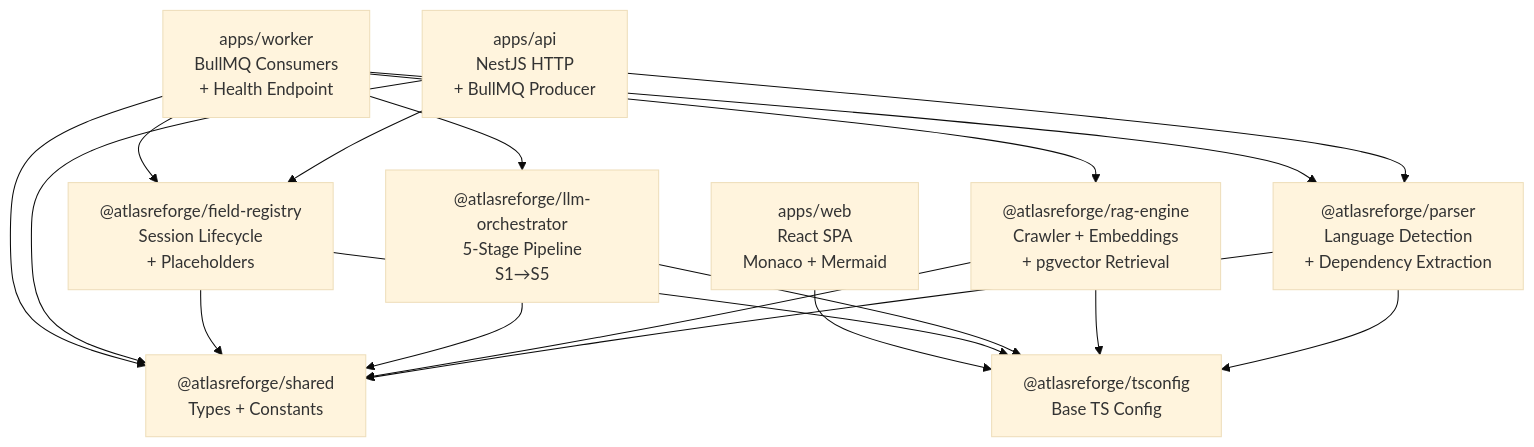
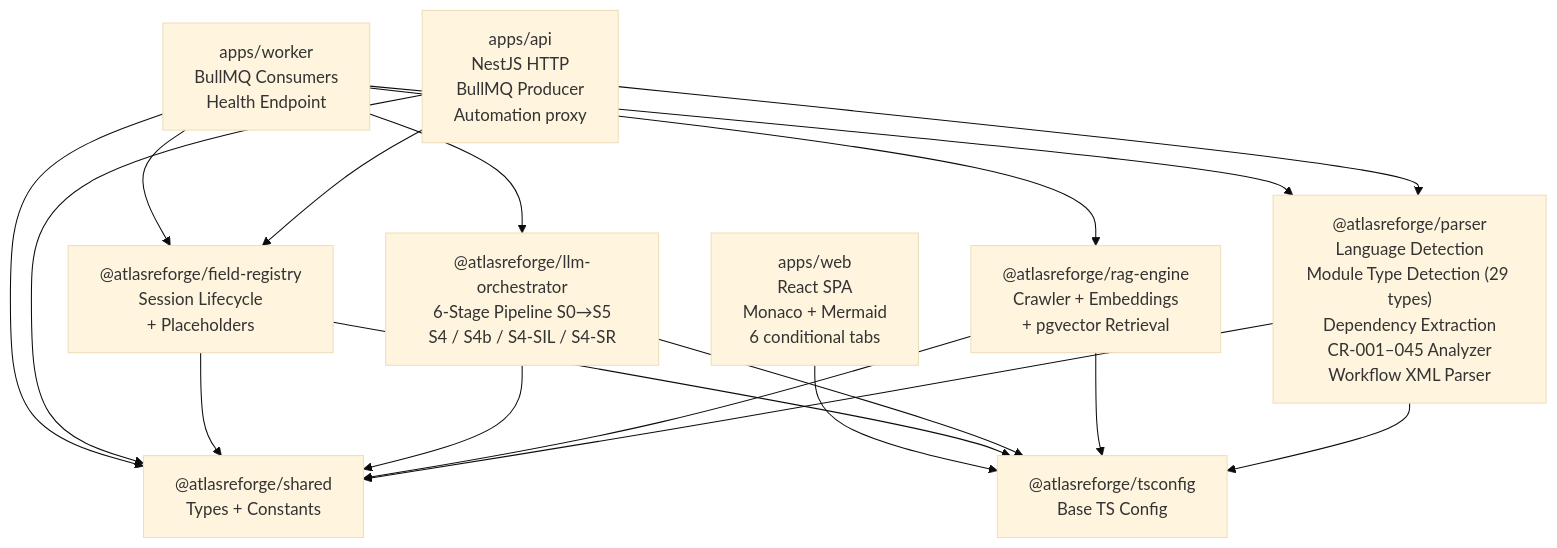
One commit to mranerov-creator/AtlasReforge changed the fifth of 7 diagrams in docs/technical/architecture.md. Above: the diagram before and after it, drawn with Mermaid (base theme). The commit also changed other lines of this file and 3 other files, not shown here.

````diff
--- a/docs/technical/architecture.md
+++ b/docs/technical/architecture.md
@@ -89,35 +145,35 @@
 ```mermaid
 graph TD
     shared["@atlasreforge/shared<br/>Types + Constants"]
     tsconfig["@atlasreforge/tsconfig<br/>Base TS Config"]
-    
-    parser["@atlasreforge/parser<br/>Language Detection<br/>+ Dependency Extraction"]
+
+    parser["@atlasreforge/parser<br/>Language Detection<br/>Module Type Detection (29 types)<br/>Dependency Extraction<br/>CR-001–045 Analyzer<br/>Workflow XML Parser"]
     rag["@atlasreforge/rag-engine<br/>Crawler + Embeddings<br/>+ pgvector Retrieval"]
-    llm["@atlasreforge/llm-orchestrator<br/>5-Stage Pipeline<br/>S1→S5"]
+    llm["@atlasreforge/llm-orchestrator<br/>6-Stage Pipeline S0→S5<br/>S4 / S4b / S4-SIL / S4-SR"]
     registry["@atlasreforge/field-registry<br/>Session Lifecycle<br/>+ Placeholders"]
-    
-    api["apps/api<br/>NestJS HTTP<br/>+ BullMQ Producer"]
-    worker["apps/worker<br/>BullMQ Consumers<br/>+ Health Endpoint"]
-    web["apps/web<br/>React SPA<br/>Monaco + Mermaid"]
-    
+
+    api["apps/api<br/>NestJS HTTP<br/>BullMQ Producer<br/>Automation proxy"]
+    worker["apps/worker<br/>BullMQ Consumers<br/>Health Endpoint"]
+    web["apps/web<br/>React SPA<br/>Monaco + Mermaid<br/>6 conditional tabs"]
+
     parser --> shared
     parser --> tsconfig
     rag --> shared
     rag --> tsconfig
     llm --> shared
     llm --> tsconfig
     registry --> shared
     registry --> tsconfig
-    
+
     api --> parser
     api --> registry
     api --> shared
-    
+
     worker --> parser
     worker --> llm
     worker --> rag
     worker --> registry
     worker --> shared
-    
+
     web --> tsconfig
 ```
````
